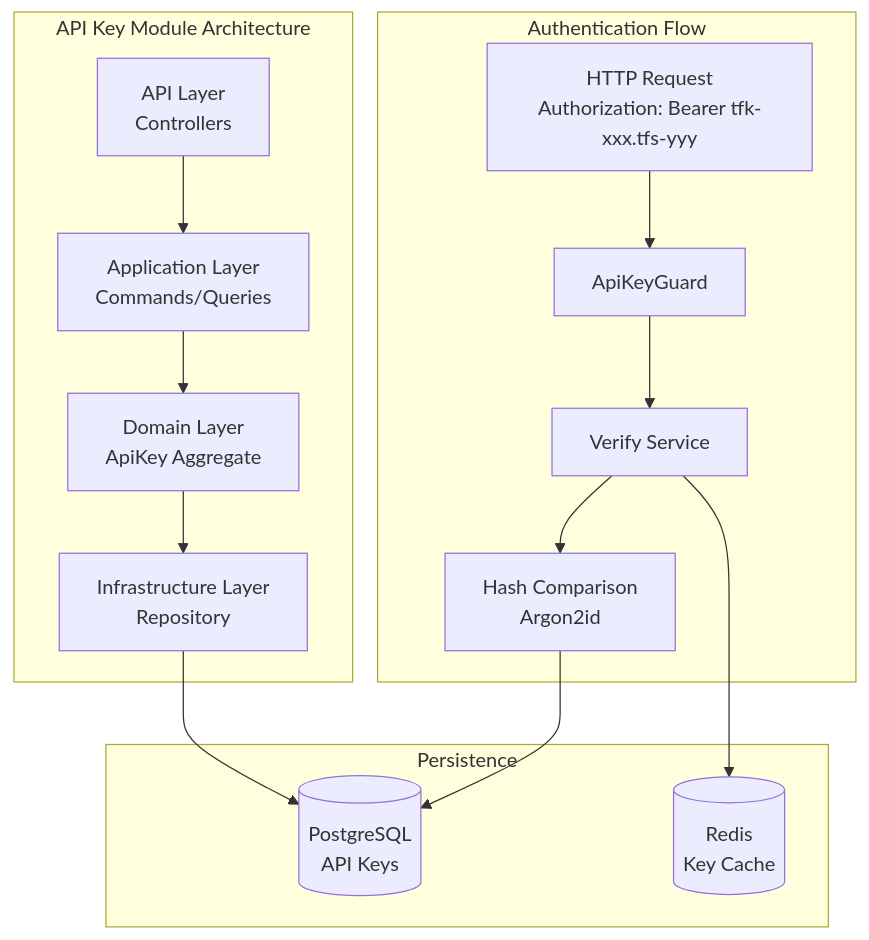
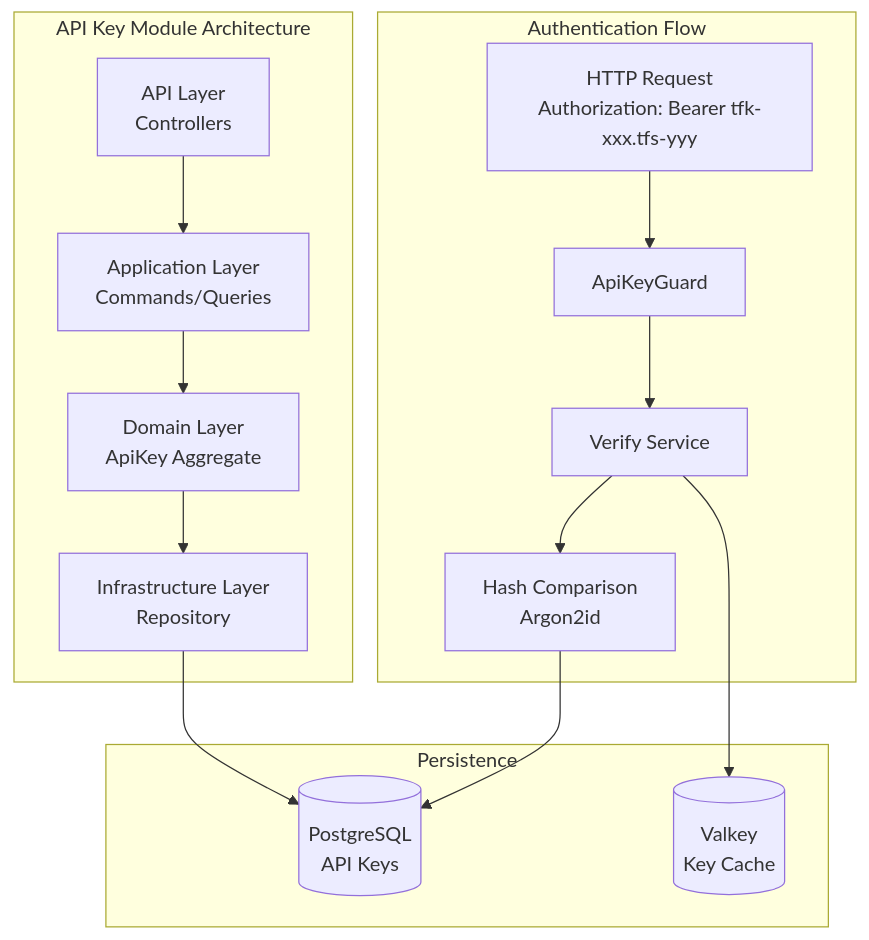
The first of 3 diagrams in backend/modules/300-api-keys.md (telemetryflow/telemetryflow-overview), drawn with Mermaid before and after one commit. The commit also changed other lines of this file and 23 other files, not shown here.

First line of the commit message:
docs: relabel Redis->Valkey in architecture/diagrams/prose (follow-up sweep)

````diff
--- a/backend/modules/300-api-keys.md
+++ b/backend/modules/300-api-keys.md
@@ -41,32 +41,32 @@
 ```mermaid
 graph TB
     subgraph "API Key Module Architecture"
         API[API Layer<br/>Controllers]
         APP[Application Layer<br/>Commands/Queries]
         DOM[Domain Layer<br/>ApiKey Aggregate]
         INF[Infrastructure Layer<br/>Repository]
     end
 
     subgraph "Authentication Flow"
         REQ[HTTP Request<br/>Authorization: Bearer tfk-xxx.tfs-yyy]
         GUARD[ApiKeyGuard]
         VERIFY[Verify Service]
         HASH[Hash Comparison<br/>Argon2id]
     end
 
     subgraph "Persistence"
         PG[(PostgreSQL<br/>API Keys)]
-        CACHE[(Redis<br/>Key Cache)]
+        CACHE[(Valkey<br/>Key Cache)]
     end
 
     REQ --> GUARD
     GUARD --> VERIFY
     VERIFY --> HASH
     HASH --> PG
     VERIFY --> CACHE
 
     API --> APP
     APP --> DOM
     DOM --> INF
     INF --> PG
 ```
````
